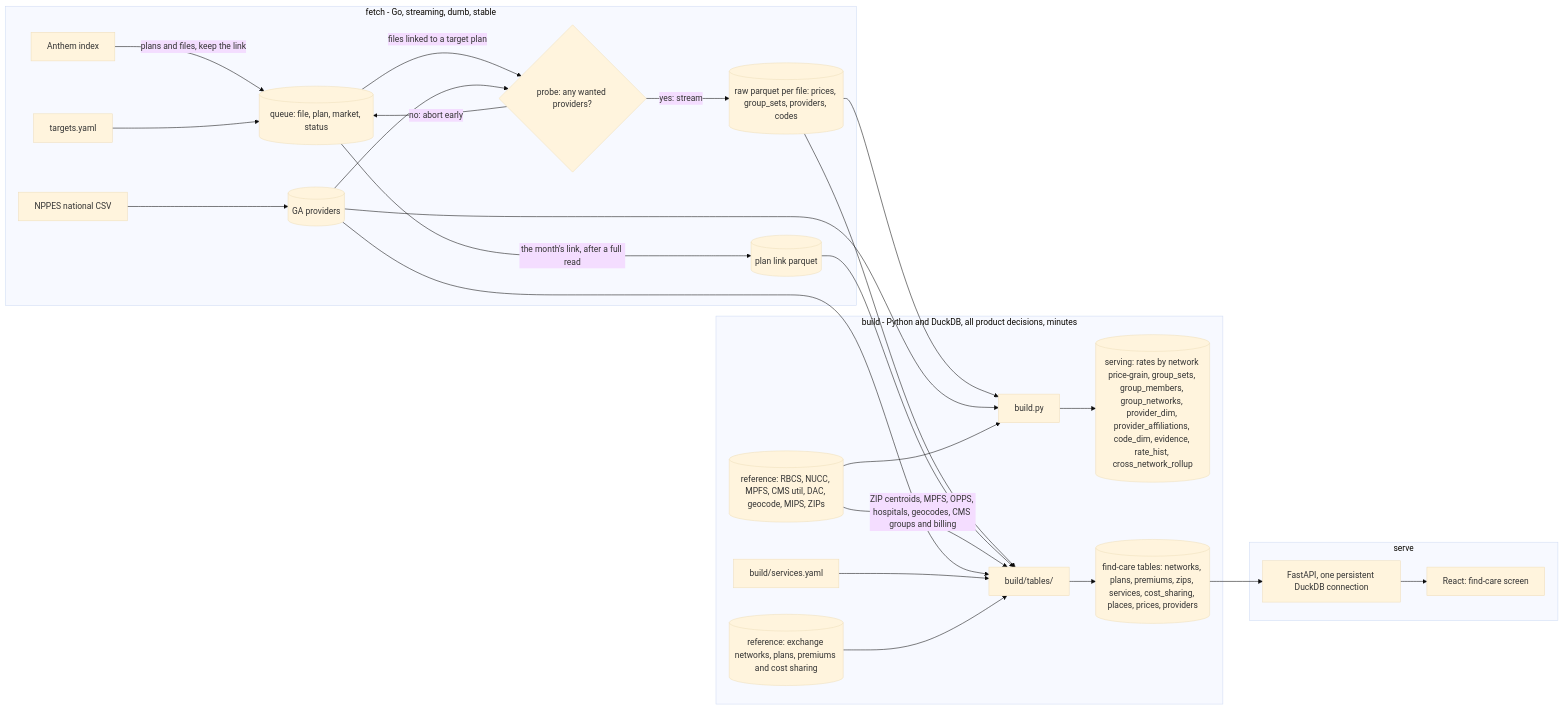
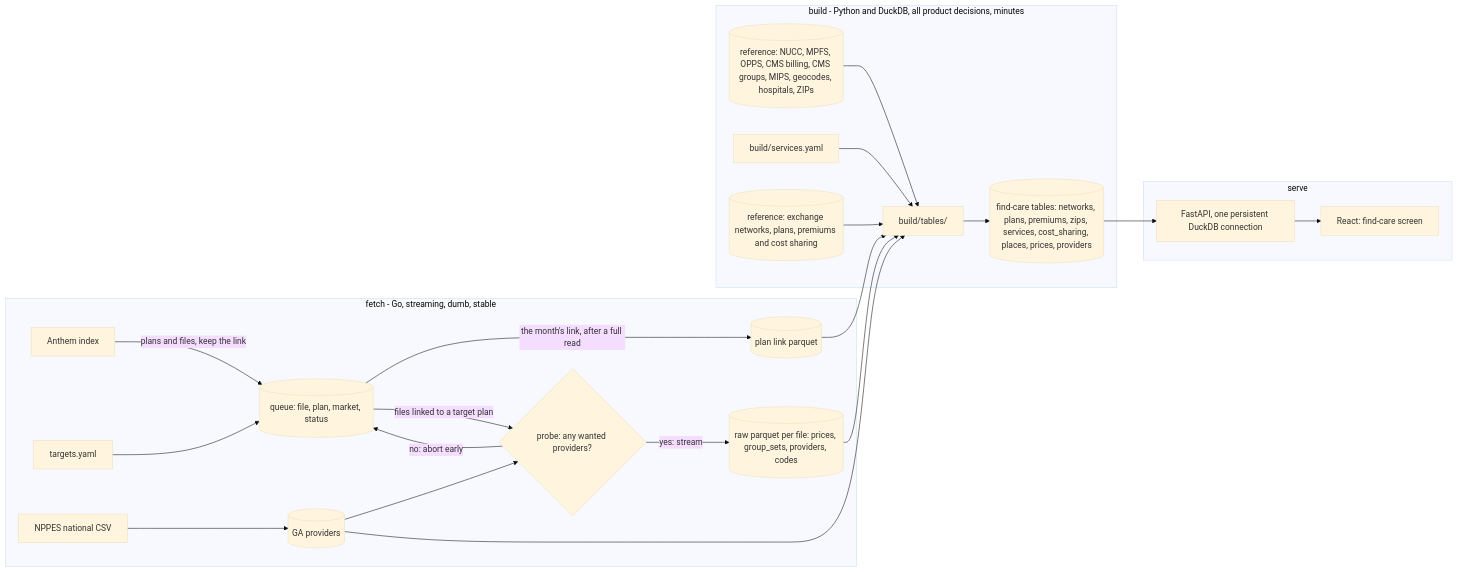
One commit to wmespi/honest-healthcare changed the first of 3 diagrams in docs/architecture.md. Above: the diagram before and after it, drawn with Mermaid (base theme). The commit also changed other lines of this file and 24 other files, not shown here.

Commit message:
refactor(build): remove the old serving tables; make build writes only the find-care tables (#135) (#167)

````diff
--- a/docs/architecture.md
+++ b/docs/architecture.md
@@ -33,30 +33,26 @@
 ```mermaid
 flowchart LR
   subgraph fetch [fetch - Go, streaming, dumb, stable]
     IDX[Anthem index] -->|"plans and files, keep the link"| Q[(queue: file, plan, market, status)]
     Q -->|"the month's link, after a full read"| LINK[(plan link parquet)]
     TGT[targets.yaml] --> Q
     Q -->|"files linked to a target plan"| PROBE{"probe: any wanted providers?"}
     PROBE -->|"no: abort early"| Q
     PROBE -->|"yes: stream"| RAW[(raw parquet per file: prices, group_sets, providers, codes)]
     NPPES[NPPES national CSV] --> GA[(GA providers)]
     GA --> PROBE
   end
   subgraph build [build - Python and DuckDB, all product decisions, minutes]
-    RAW --> B[build.py]
-    GA --> B
-    REF[(reference: RBCS, NUCC, MPFS, CMS util, DAC, geocode, MIPS, ZIPs)] --> B
-    B --> SRV[(serving: rates by network price-grain, group_sets, group_members, group_networks, provider_dim, provider_affiliations, code_dim, evidence, rate_hist, cross_network_rollup)]
     RAW --> FC["build/tables/"]
     LINK --> FC
-    REF -->|"ZIP centroids, MPFS, OPPS, hospitals, geocodes, CMS groups and billing"| FC
+    REF[(reference: NUCC, MPFS, OPPS, CMS billing, CMS groups, MIPS, geocodes, hospitals, ZIPs)] --> FC
     GA --> FC
     SVC[build/services.yaml] --> FC
     XNET[(reference: exchange networks, plans, premiums and cost sharing)] --> FC
     FC --> FCT[("find-care tables: networks, plans, premiums, zips, services, cost_sharing, places, prices, providers")]
   end
   subgraph serve [serve]
     FCT --> API[FastAPI, one persistent DuckDB connection]
     API --> WEB[React: find-care screen]
   end
 ```
````
